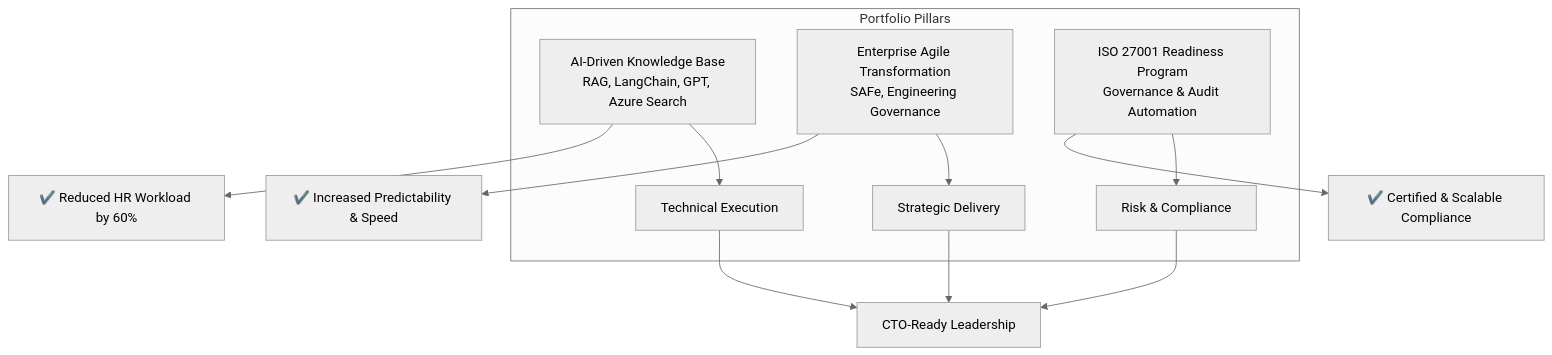
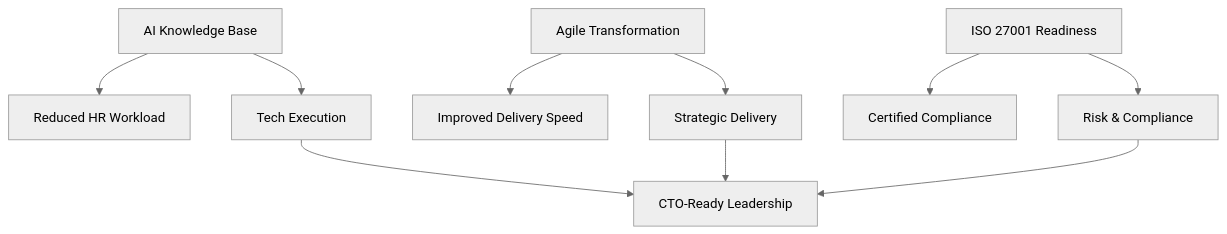
Before and after one commit to CSkarki/Tech-Leadership: the diagram in README.md, drawn with Mermaid (neutral theme). The commit also changed other lines of this file, not shown here.

````diff
--- a/README.md
+++ b/README.md
@@ -34,16 +34,16 @@
 ```mermaid
+
 graph TD
-    AI[AI-Driven Knowledge Base<br>RAG, LangChain, GPT, Azure Search] --> Outcomes1[✔️ Reduced HR Workload by 60%]
-    Agile[Enterprise Agile Transformation<br>SAFe, Engineering Governance] --> Outcomes2[✔️ Increased Predictability & Speed]
-    ISO[ISO 27001 Readiness Program<br>Governance & Audit Automation] --> Outcomes3[✔️ Certified & Scalable Compliance]
+    AI[AI Knowledge Base] --> R1[Reduced HR Workload]
+    Agile[Agile Transformation] --> R2[Improved Delivery Speed]
+    ISO[ISO 27001 Readiness] --> R3[Certified Compliance]
 
-    subgraph Portfolio Pillars
-        AI --> Tech[Technical Execution]
-        Agile --> Strategy[Strategic Delivery]
-        ISO --> Risk[Risk & Compliance]
-    end
+    AI --> Exec1[Tech Execution]
+    Agile --> Exec2[Strategic Delivery]
+    ISO --> Exec3[Risk & Compliance]
 
-    Tech --> CTO[CTO-Ready Leadership]
-    Strategy --> CTO
-    Risk --> CTO
+    Exec1 --> CTO[CTO-Ready Leadership]
+    Exec2 --> CTO
+    Exec3 --> CTO
+
 ```
````
